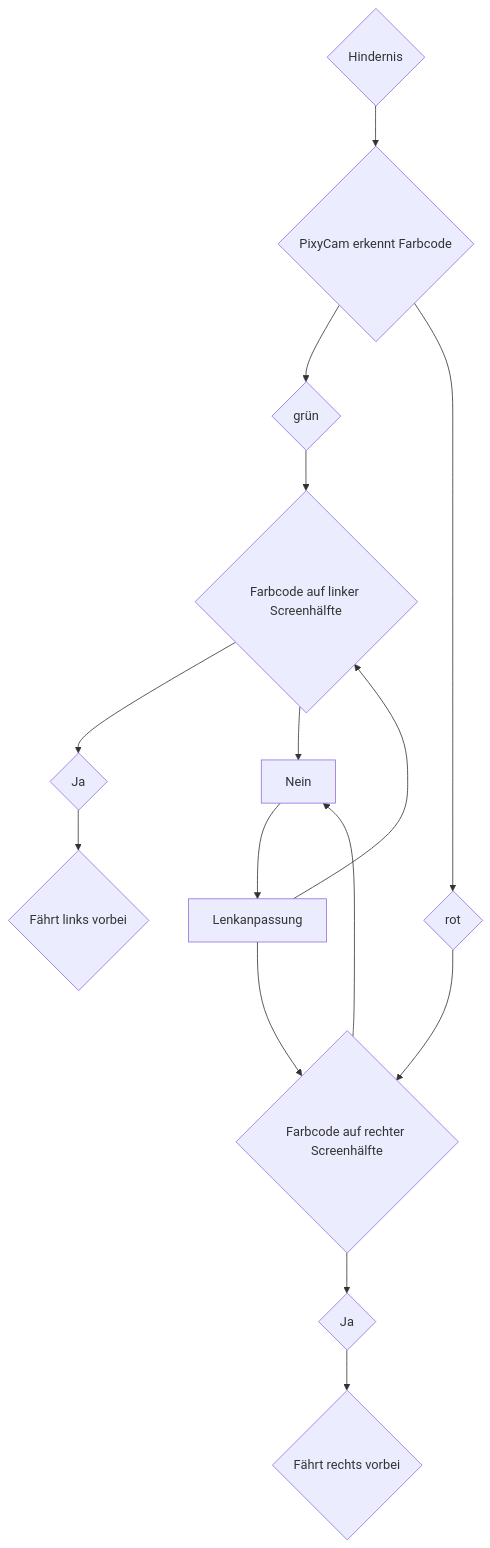
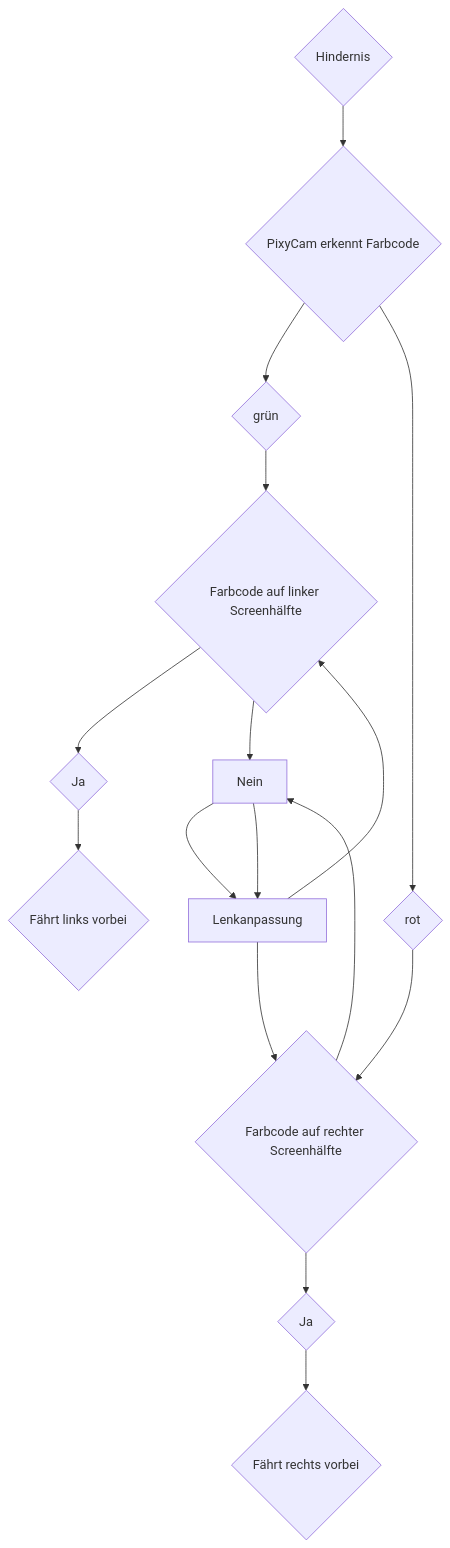
The diagram in Programme/Hindernisrennen/README.md (SchroedingersBit/PfortGTPanama), drawn with Mermaid before and after one commit.

````diff
--- a/Programme/Hindernisrennen/README.md
+++ b/Programme/Hindernisrennen/README.md
@@ -4,14 +4,19 @@
 ```mermaid
 graph TB;
 A{Hindernis} -->B{PixyCam erkennt Farbcode};
 B-->E{grün}-->C1{Farbcode auf linker Screenhälfte};
+C1-->J1{Ja};
+C1 --> Nein;
+J1-->R{Fährt links vorbei};
+Nein --> Lenkanpassung;
+Lenkanpassung-->C1;
 B-->C{rot}-->C2{Farbcode auf rechter Screenhälfte};
-C1-->J1{Ja};
-C2 --> Nein; C1 --> Nein;
+
+C2 --> Nein; 
 C2-->J2{Ja};
 Nein --> Lenkanpassung;
 Lenkanpassung -->C2;
-Lenkanpassung-->C1;
-J1-->R{Fährt links vorbei};
+
+
 J2-->L{Fährt rechts vorbei};
 ```
````
